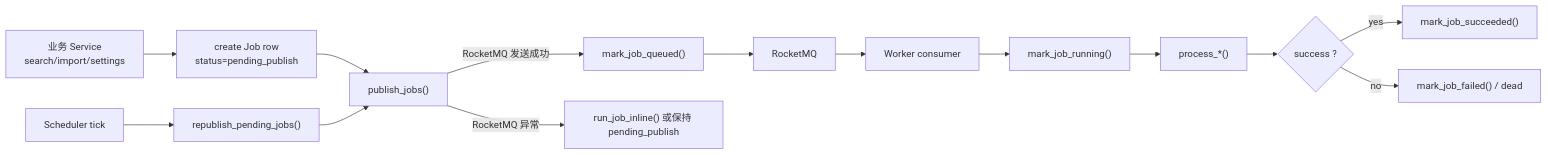
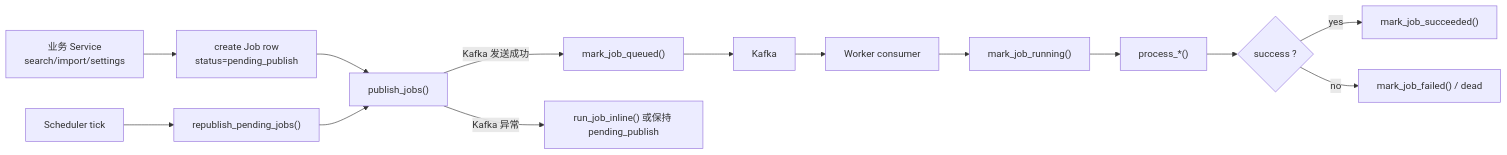
One commit to jiyue333/notebooklm changed the fourth of 6 diagrams in docs/system-architecture.md. Above: the diagram before and after it, drawn with Mermaid. The commit also changed other lines of this file and 34 other files, not shown here.

````diff
--- a/docs/system-architecture.md
+++ b/docs/system-architecture.md
@@ -373,18 +364,18 @@
 ```mermaid
 flowchart LR
     A["业务 Service<br/>search/import/settings"] --> B["create Job row<br/>status=pending_publish"]
     B --> C["publish_jobs()"]
-    C -->|"RocketMQ 发送成功"| D["mark_job_queued()"]
-    C -->|"RocketMQ 异常"| E["run_job_inline() 或保持 pending_publish"]
+    C -->|"Kafka 发送成功"| D["mark_job_queued()"]
+    C -->|"Kafka 异常"| E["run_job_inline() 或保持 pending_publish"]
 
-    D --> F["RocketMQ"]
+    D --> F["Kafka"]
     F --> G["Worker consumer"]
     G --> H["mark_job_running()"]
     H --> I["process_*()"]
     I --> J{"success ?"}
     J -- "yes" --> K["mark_job_succeeded()"]
     J -- "no" --> L["mark_job_failed() / dead"]
 
     M["Scheduler tick"] --> N["republish_pending_jobs()"]
     N --> C
 ```
````
